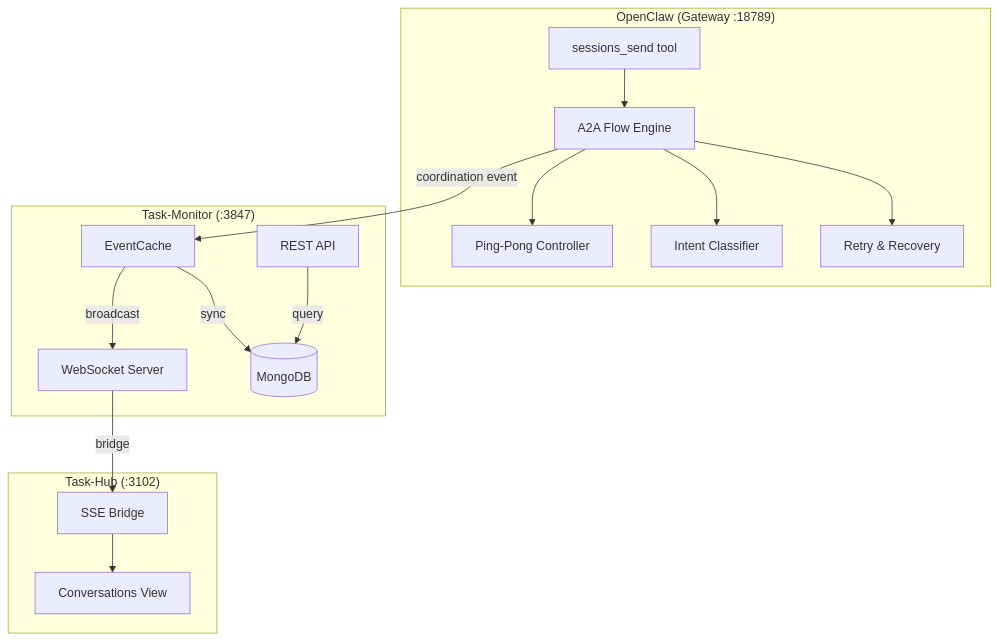
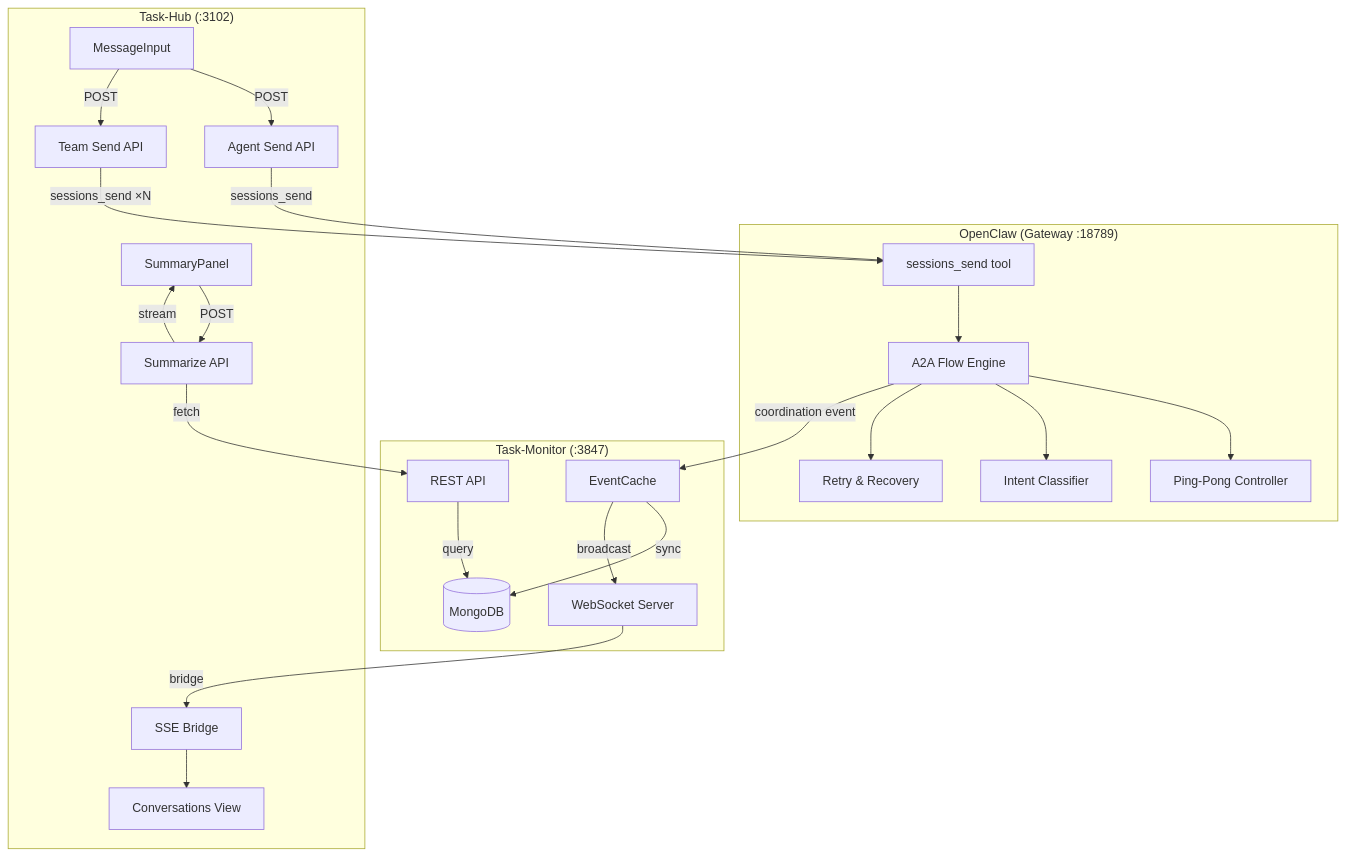
The diagram in docs/concepts/a2a/index.md (Pronto-Lab/prontoclaw), drawn with Mermaid before and after one commit. The commit also changed other lines of this file and 1 other file, not shown here.

Commit message:
docs: add Phase 9 collaboration hub documentation
- Add collaboration-hub.md covering agent send, team messaging, human intervention, AI summary
- Update index.md with Phase 9 section and expanded architecture diagram

````diff
--- a/docs/concepts/a2a/index.md
+++ b/docs/concepts/a2a/index.md
@@ -30,33 +36,45 @@
 ```mermaid
 graph TB
     subgraph OpenClaw["OpenClaw (Gateway :18789)"]
         SS[sessions_send tool]
         A2A[A2A Flow Engine]
         PP[Ping-Pong Controller]
         IC[Intent Classifier]
         RR[Retry & Recovery]
     end
 
     subgraph TM["Task-Monitor (:3847)"]
         EC[EventCache]
         WS[WebSocket Server]
         MDB[(MongoDB)]
         API[REST API]
     end
 
     subgraph TH["Task-Hub (:3102)"]
         CV[Conversations View]
+        MI[MessageInput]
+        SP[SummaryPanel]
         SSE[SSE Bridge]
+        AS[Agent Send API]
+        TS[Team Send API]
+        SUM[Summarize API]
     end
 
     SS --> A2A
     A2A --> PP
     A2A --> IC
     A2A --> RR
     A2A -->|coordination event| EC
     EC -->|sync| MDB
     EC -->|broadcast| WS
     WS -->|bridge| SSE
     SSE --> CV
     API -->|query| MDB
+    MI -->|POST| AS
+    MI -->|POST| TS
+    AS -->|sessions_send| SS
+    TS -->|sessions_send ×N| SS
+    SP -->|POST| SUM
+    SUM -->|fetch| API
+    SUM -->|stream| SP
 ```
````
